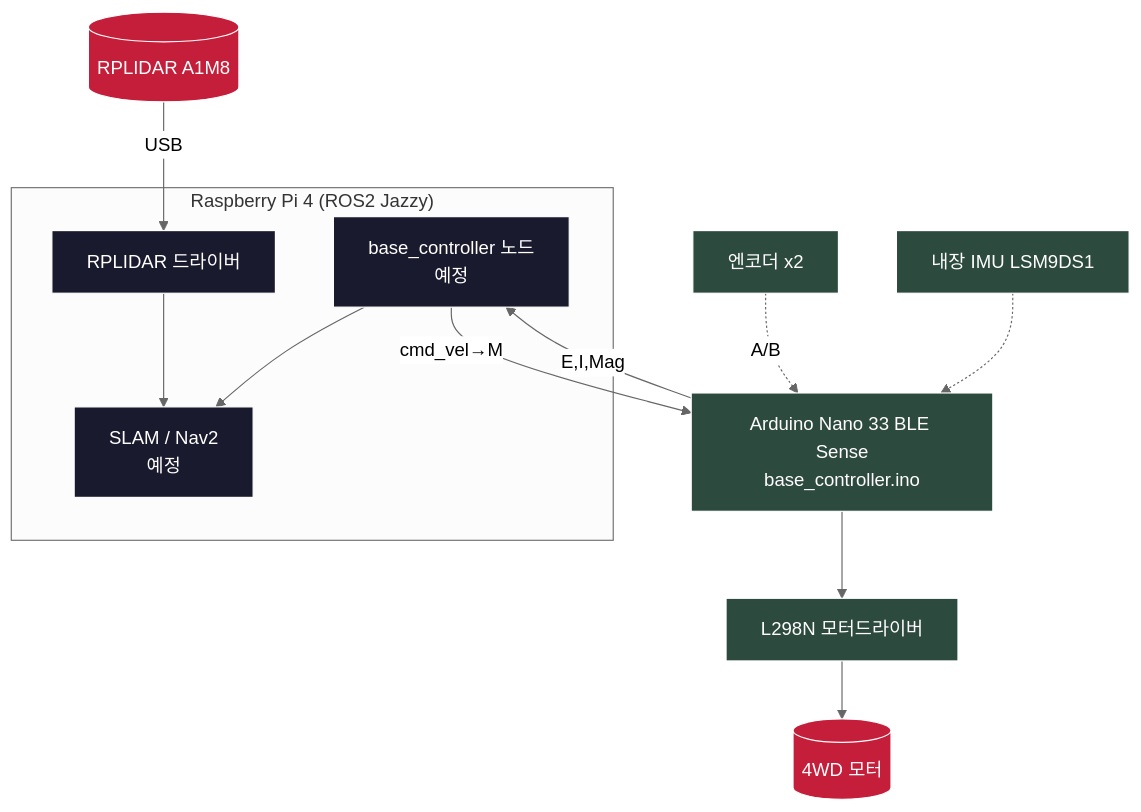
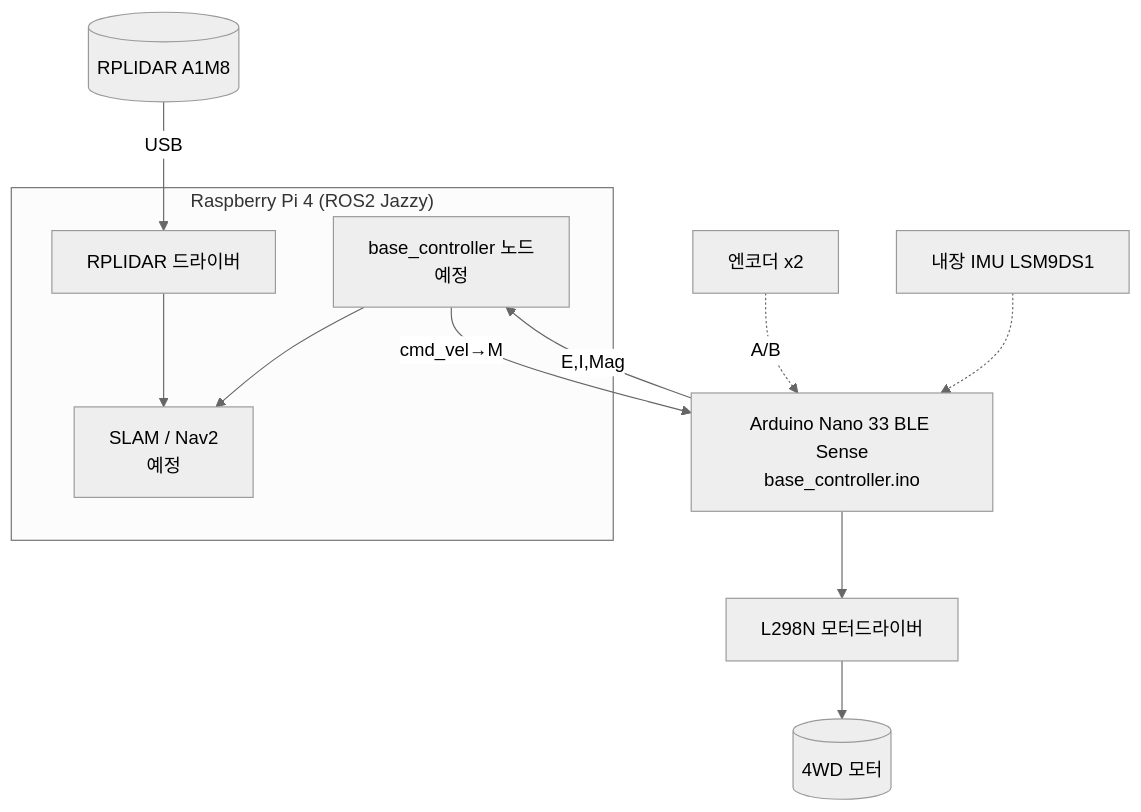
One commit to kimar1022-code/autonomous-exploration-robot changed the diagram in README.md. Above: the diagram before and after it, drawn with Mermaid (neutral theme). The commit also changed other lines of this file, not shown here.

````diff
--- a/README.md
+++ b/README.md
@@ -55,31 +39,24 @@
 ```mermaid
 flowchart TD
     subgraph Pi["Raspberry Pi 4 (ROS2 Jazzy)"]
         BC[base_controller 노드<br/>예정]
         SLAM[SLAM / Nav2<br/>예정]
         LIDAR_DRV[RPLIDAR 드라이버]
     end
 
     Ardu[Arduino Nano 33 BLE Sense<br/>base_controller.ino]
     L298N[L298N 모터드라이버]
     Motor[(4WD 모터)]
     Enc[엔코더 x2]
     IMU[내장 IMU LSM9DS1]
     Lidar[(RPLIDAR A1M8)]
 
     BC -->|cmd_vel→M| Ardu
     Ardu -->|E,I,Mag| BC
     Ardu --> L298N --> Motor
     Enc -.->|A/B| Ardu
     IMU -.-> Ardu
     Lidar -->|USB| LIDAR_DRV
     LIDAR_DRV --> SLAM
     BC --> SLAM
-
-    classDef pi fill:#1a1a2e,stroke:#fff,color:#fff
-    classDef hw fill:#2d4a3e,stroke:#fff,color:#fff
-    classDef robot fill:#c41e3a,stroke:#fff,color:#fff
-    class BC,SLAM,LIDAR_DRV pi
-    class Ardu,L298N,Enc,IMU hw
-    class Motor,Lidar robot
 ```
````
